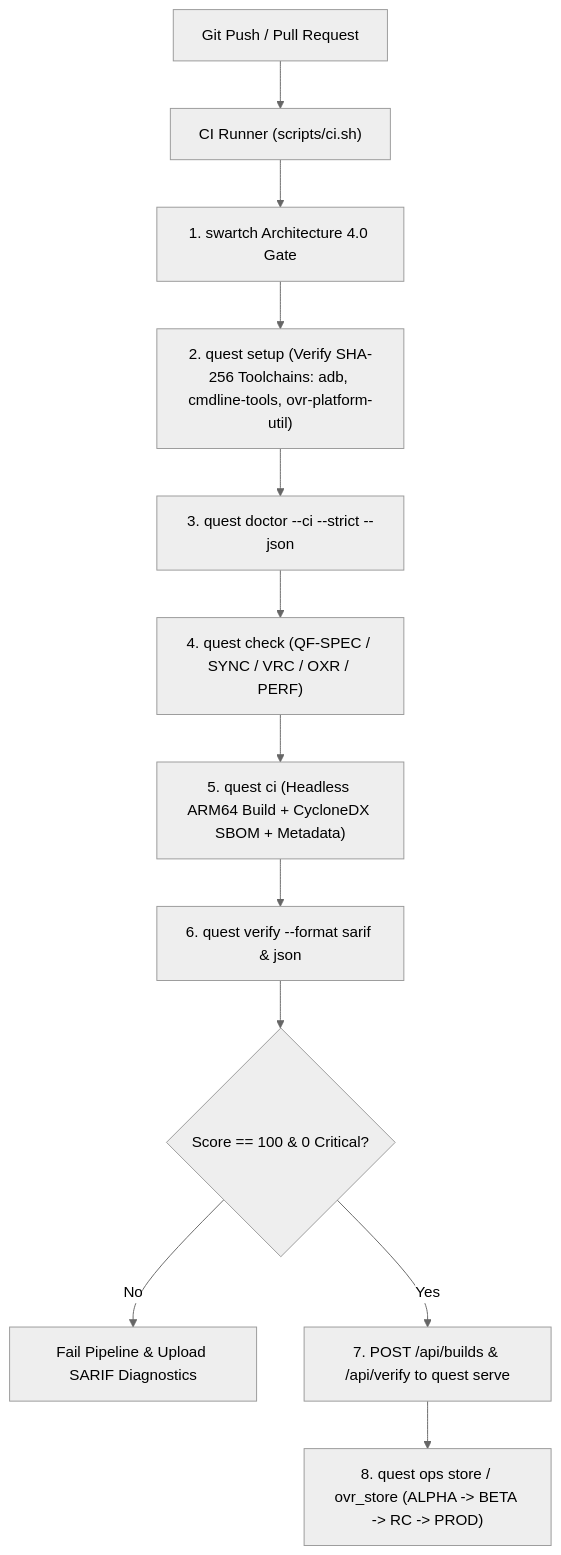
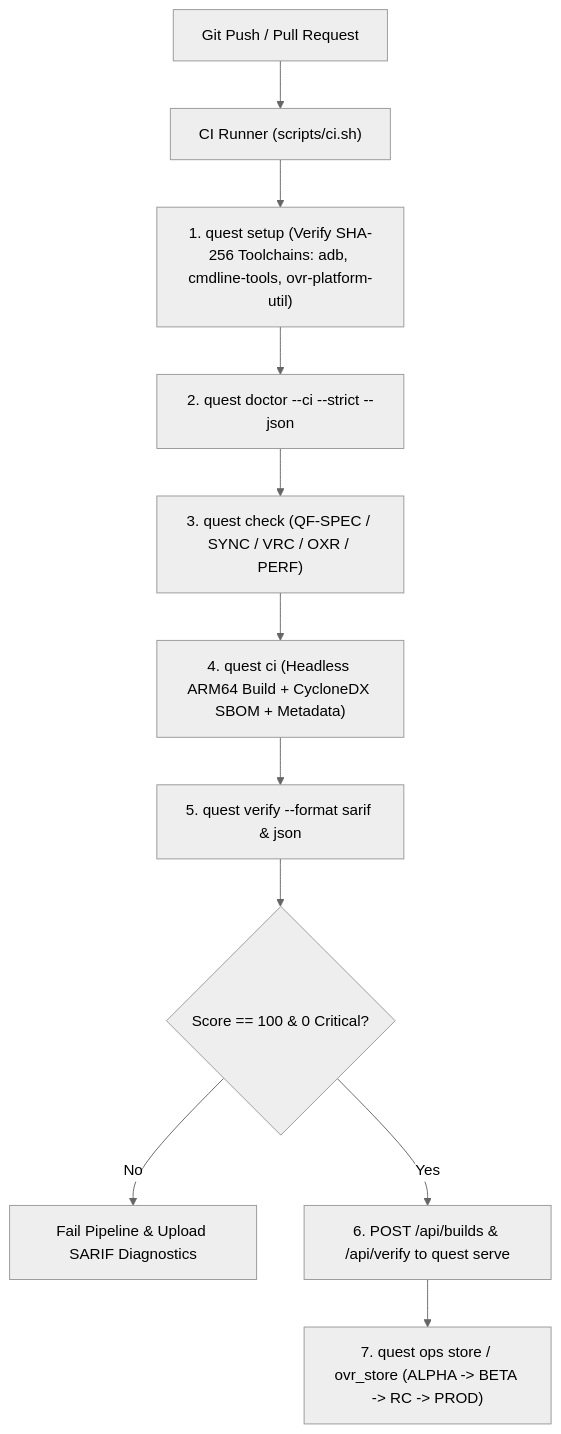
One commit to sweengineeringlabs/questforge changed the first of 2 diagrams in docs/3-design/workflow/platform.md. Above: the diagram before and after it, drawn with Mermaid (neutral theme). The commit also changed other lines of this file and 19 other files, not shown here.

Commit message:
chore(docs,doctor): remove proprietary swartch references from docs and QD-009 check

````diff
--- a/docs/3-design/workflow/platform.md
+++ b/docs/3-design/workflow/platform.md
@@ -18,14 +18,13 @@
 ```mermaid
 flowchart TD
     PR["Git Push / Pull Request"] --> Runner["CI Runner (scripts/ci.sh)"]
-    Runner --> Swartch["1. swartch Architecture 4.0 Gate"]
-    Swartch --> Setup["2. quest setup (Verify SHA-256 Toolchains: adb, cmdline-tools, ovr-platform-util)"]
-    Setup --> DoctorCI["3. quest doctor --ci --strict --json"]
-    DoctorCI --> Check["4. quest check (QF-SPEC / SYNC / VRC / OXR / PERF)"]
-    Check --> Build["5. quest ci (Headless ARM64 Build + CycloneDX SBOM + Metadata)"]
-    Build --> VerifySARIF["6. quest verify --format sarif & json"]
+    Runner --> Setup["1. quest setup (Verify SHA-256 Toolchains: adb, cmdline-tools, ovr-platform-util)"]
+    Setup --> DoctorCI["2. quest doctor --ci --strict --json"]
+    DoctorCI --> Check["3. quest check (QF-SPEC / SYNC / VRC / OXR / PERF)"]
+    Check --> Build["4. quest ci (Headless ARM64 Build + CycloneDX SBOM + Metadata)"]
+    Build --> VerifySARIF["5. quest verify --format sarif & json"]
     VerifySARIF --> Gate{"Score == 100 & 0 Critical?"}
     Gate -->|"No"| Fail["Fail Pipeline & Upload SARIF Diagnostics"]
-    Gate -->|"Yes"| Publish["7. POST /api/builds & /api/verify to quest serve"]
-    Publish --> Store["8. quest ops store / ovr_store (ALPHA -> BETA -> RC -> PROD)"]
+    Gate -->|"Yes"| Publish["6. POST /api/builds & /api/verify to quest serve"]
+    Publish --> Store["7. quest ops store / ovr_store (ALPHA -> BETA -> RC -> PROD)"]
 ```
````
